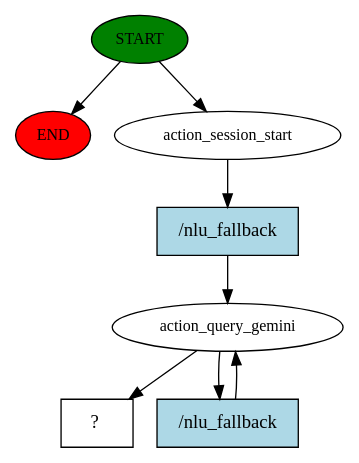
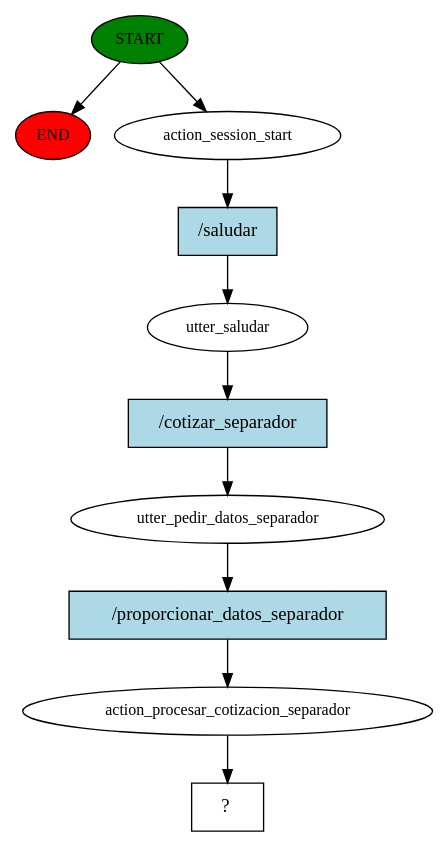
Before and after one commit to Elvis-Castro-H/STIC: the diagram in apps/intelligent-assistant/story_graph.dot, drawn with Graphviz. The commit also changed 20 other files, not shown here.

```diff
--- a/apps/intelligent-assistant/story_graph.dot
+++ b/apps/intelligent-assistant/story_graph.dot
@@ -1,16 +1,21 @@
 digraph  {
 0 [class="start active", fillcolor=green, fontsize=12, label=START, style=filled];
 "-1" [class=end, fillcolor=red, fontsize=12, label=END, style=filled];
 1 [class=active, fontsize=12, label=action_session_start];
-2 [class=active, fontsize=12, label=action_query_gemini];
-6 [class="intent dashed active", label="  ?  ", shape=rect];
-7 [class="intent active", fillcolor=lightblue, label="/nlu_fallback", shape=rect, style=filled];
-8 [class="intent active", fillcolor=lightblue, label="/nlu_fallback", shape=rect, style=filled];
+2 [class=active, fontsize=12, label=utter_saludar];
+3 [class=active, fontsize=12, label=utter_pedir_datos_separador];
+4 [class=active, fontsize=12, label=action_procesar_cotizacion_separador];
+5 [class="intent dashed active", label="  ?  ", shape=rect];
+6 [class="intent active", fillcolor=lightblue, label="/saludar", shape=rect, style=filled];
+7 [class="intent active", fillcolor=lightblue, label="/cotizar_separador", shape=rect, style=filled];
+8 [class="intent active", fillcolor=lightblue, label="/proporcionar_datos_separador", shape=rect, style=filled];
 0 -> "-1"  [class="", key=NONE, label=""];
 0 -> 1  [class=active, key=NONE, label=""];
-1 -> 7  [class=active, key=0];
-2 -> 6  [class=active, key=NONE, label=""];
-2 -> 8  [class=active, key=0];
-7 -> 2  [class=active, key=0];
-8 -> 2  [class=active, key=0];
+1 -> 6  [class=active, key=0];
+2 -> 7  [class=active, key=0];
+3 -> 8  [class=active, key=0];
+4 -> 5  [class=active, key=NONE, label=""];
+6 -> 2  [class=active, key=0];
+7 -> 3  [class=active, key=0];
+8 -> 4  [class=active, key=0];
 }
```
